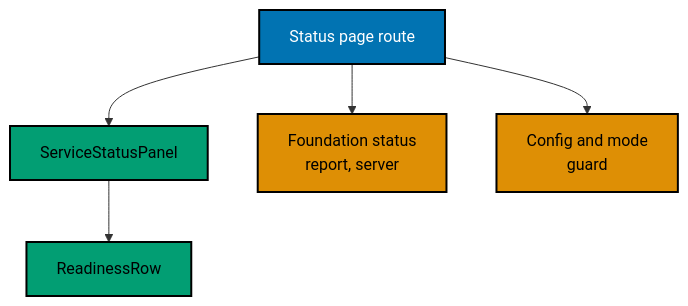
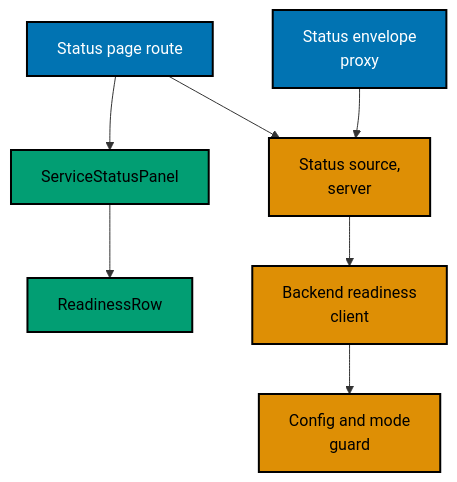
The second of 2 diagrams in specs/apps/ose/id-web/architecture.md (wahidyankf/ose-public), drawn with Mermaid before and after one commit. The commit also changed other lines of this file and 65 other files, not shown here.

````diff
--- a/specs/apps/ose/id-web/architecture.md
+++ b/specs/apps/ose/id-web/architecture.md
@@ -54,16 +55,18 @@
 ```mermaid
 flowchart TD
   accTitle: OSE ID web status shell components
-  accDescr: The status page route composes a service status panel of readiness rows, sourced from a fixed foundation status report, and runs behind the configuration and mode guard.
+  accDescr: The status page route and the status envelope proxy each read backend readiness through the status source, which composes the readiness client with validated configuration. The page renders the resulting report as a panel of readiness rows, behind the configuration and mode guard.
   PAGE["Status page route"] --> PANEL["ServiceStatusPanel"]
   PANEL --> ROW["ReadinessRow"]
-  PAGE --> REPORT["Foundation status<br/>report, server"]
-  PAGE --> GUARD["Config and mode<br/>guard"]
+  PAGE --> SOURCE["Status source,<br/>server"]
+  PROXY["Status envelope<br/>proxy"] --> SOURCE
+  SOURCE --> CLIENT["Backend readiness<br/>client"]
+  CLIENT --> GUARD["Config and mode<br/>guard"]
 
   classDef route fill:#0173B2,stroke:#000000,color:#FFFFFF,stroke-width:2px
   classDef ui fill:#029E73,stroke:#000000,color:#000000,stroke-width:2px
   classDef infra fill:#DE8F05,stroke:#000000,color:#000000,stroke-width:2px
-  class PAGE route
+  class PAGE,PROXY route
   class PANEL,ROW ui
-  class REPORT,GUARD infra
+  class SOURCE,CLIENT,GUARD infra
 ```
````
